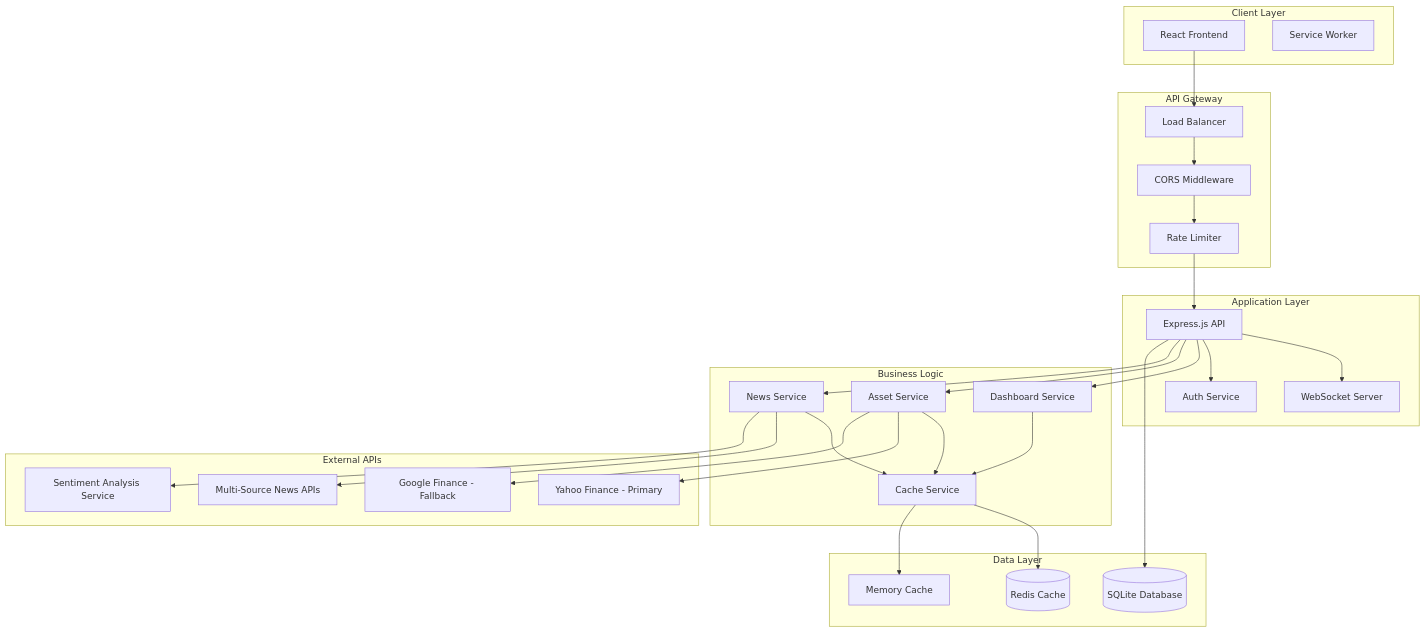
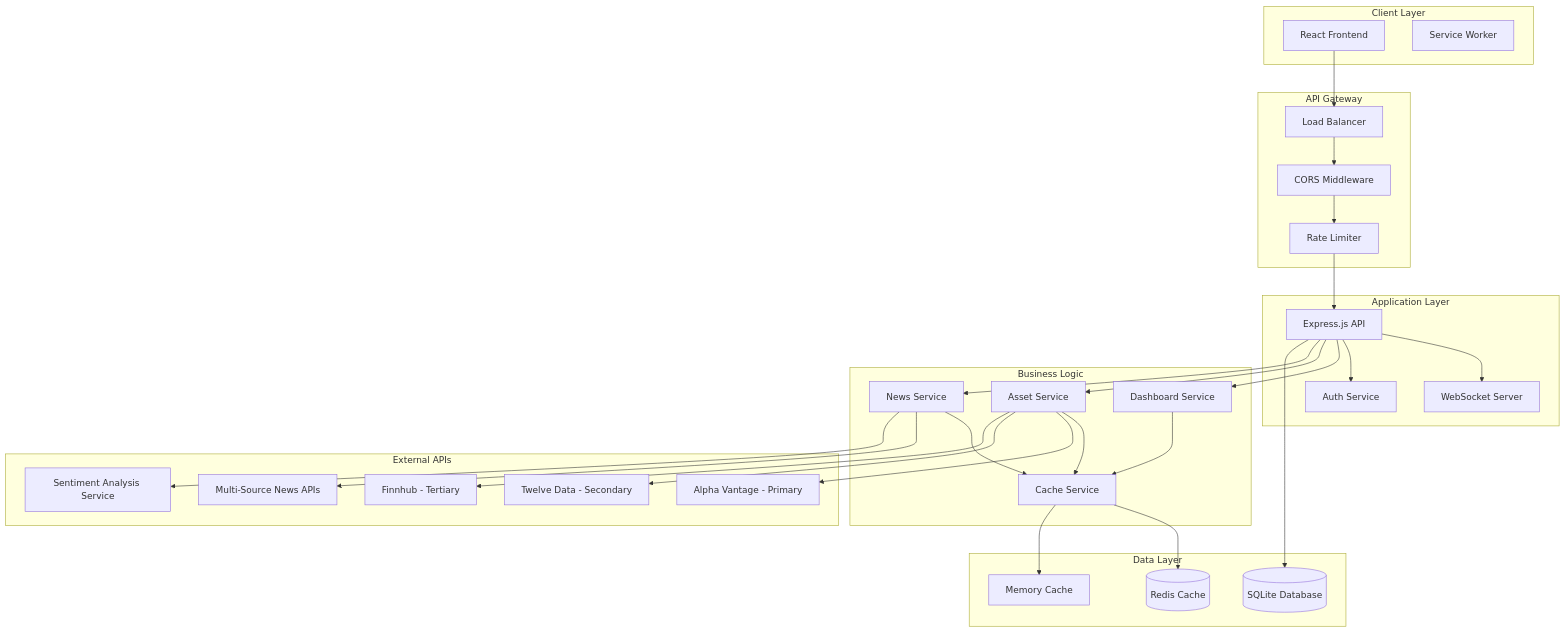
The first of 3 diagrams in .kiro/specs/market-pulse/design.md (keyurgolani/MarketPulse), drawn with Mermaid before and after one commit. The commit also changed other lines of this file and 4 other files, not shown here.

````diff
--- a/.kiro/specs/market-pulse/design.md
+++ b/.kiro/specs/market-pulse/design.md
@@ -21,59 +22,61 @@
 ```mermaid
 graph TB
     subgraph "Client Layer"
         UI[React Frontend]
         SW[Service Worker]
     end
-    
+
     subgraph "API Gateway"
         LB[Load Balancer]
         CORS[CORS Middleware]
         RL[Rate Limiter]
     end
-    
+
     subgraph "Application Layer"
         API[Express.js API]
         WS[WebSocket Server]
         AUTH[Auth Service]
     end
-    
+
     subgraph "Business Logic"
         DS[Dashboard Service]
         AS[Asset Service]
         NS[News Service]
         CS[Cache Service]
     end
-    
+
     subgraph "Data Layer"
         DB[(SQLite Database)]
         REDIS[(Redis Cache)]
         MEM[Memory Cache]
     end
-    
+
     subgraph "External APIs"
-        YF[Yahoo Finance - Primary]
-        GF[Google Finance - Fallback]
+        AV[Alpha Vantage - Primary]
+        TD[Twelve Data - Secondary]
+        FH[Finnhub - Tertiary]
         NEWS[Multi-Source News APIs]
         SENTIMENT[Sentiment Analysis Service]
     end
-    
+
     UI --> LB
     LB --> CORS
     CORS --> RL
     RL --> API
     API --> WS
     API --> AUTH
     API --> DS
     API --> AS
     API --> NS
     DS --> CS
     AS --> CS
     NS --> CS
     CS --> REDIS
     CS --> MEM
     API --> DB
-    AS --> YF
-    AS --> GF
+    AS --> AV
+    AS --> TD
+    AS --> FH
     NS --> NEWS
     NS --> SENTIMENT
 ```
````
